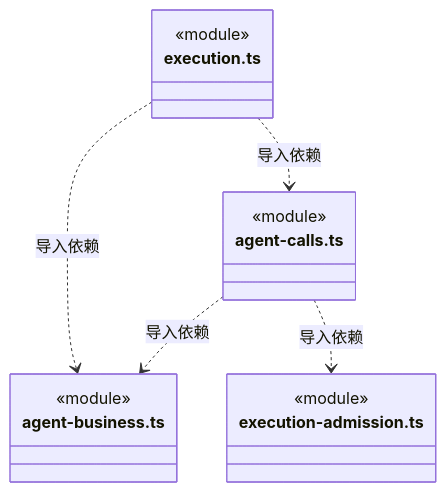
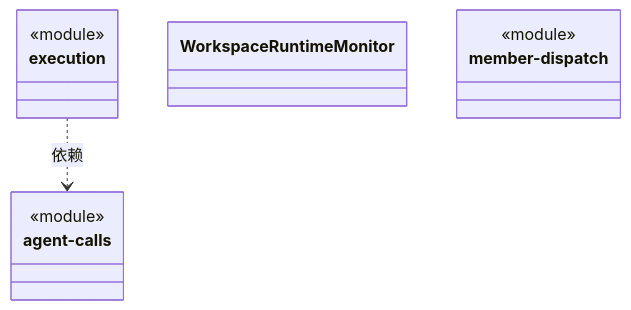
One commit to nan023062/cbim changed the diagram in src/logic/application/assembly/ARCHITECTURE.md. Above: the diagram before and after it, drawn with Mermaid. The commit also changed other lines of this file and 158 other files, not shown here.

Commit message:
docs: model architecture through nested virtual encapsulations

````diff
--- a/src/logic/application/assembly/ARCHITECTURE.md
+++ b/src/logic/application/assembly/ARCHITECTURE.md
@@ -332,19 +22,18 @@
 ```mermaid
 classDiagram
-class N_src_logic_application_assembly_agent_calls_ts["agent-calls.ts"] {
+class N_d1e4a96d6524["agent-calls"] {
   <<module>>
 }
-class N_src_logic_application_assembly_agent_business_ts["agent-business.ts"] {
+click N_d1e4a96d6524 href "agent-calls.ts"
+class N_2a71e6b94b76["execution"] {
   <<module>>
 }
-class N_src_logic_application_assembly_execution_admission_ts["execution-admission.ts"] {
+click N_2a71e6b94b76 href "execution.ts"
+class N_25494a3d0413["WorkspaceRuntimeMonitor"]
+click N_25494a3d0413 href "runtime-monitor.ts"
+class N_fb8349dfe38d["member-dispatch"] {
   <<module>>
 }
-class N_src_logic_application_assembly_execution_ts["execution.ts"] {
-  <<module>>
-}
-N_src_logic_application_assembly_agent_calls_ts ..> N_src_logic_application_assembly_agent_business_ts : 导入依赖
-N_src_logic_application_assembly_agent_calls_ts ..> N_src_logic_application_assembly_execution_admission_ts : 导入依赖
-N_src_logic_application_assembly_execution_ts ..> N_src_logic_application_assembly_agent_business_ts : 导入依赖
-N_src_logic_application_assembly_execution_ts ..> N_src_logic_application_assembly_agent_calls_ts : 导入依赖
+click N_fb8349dfe38d href "member-dispatch.ts"
+N_2a71e6b94b76 ..> N_d1e4a96d6524 : 依赖
 ```
````
